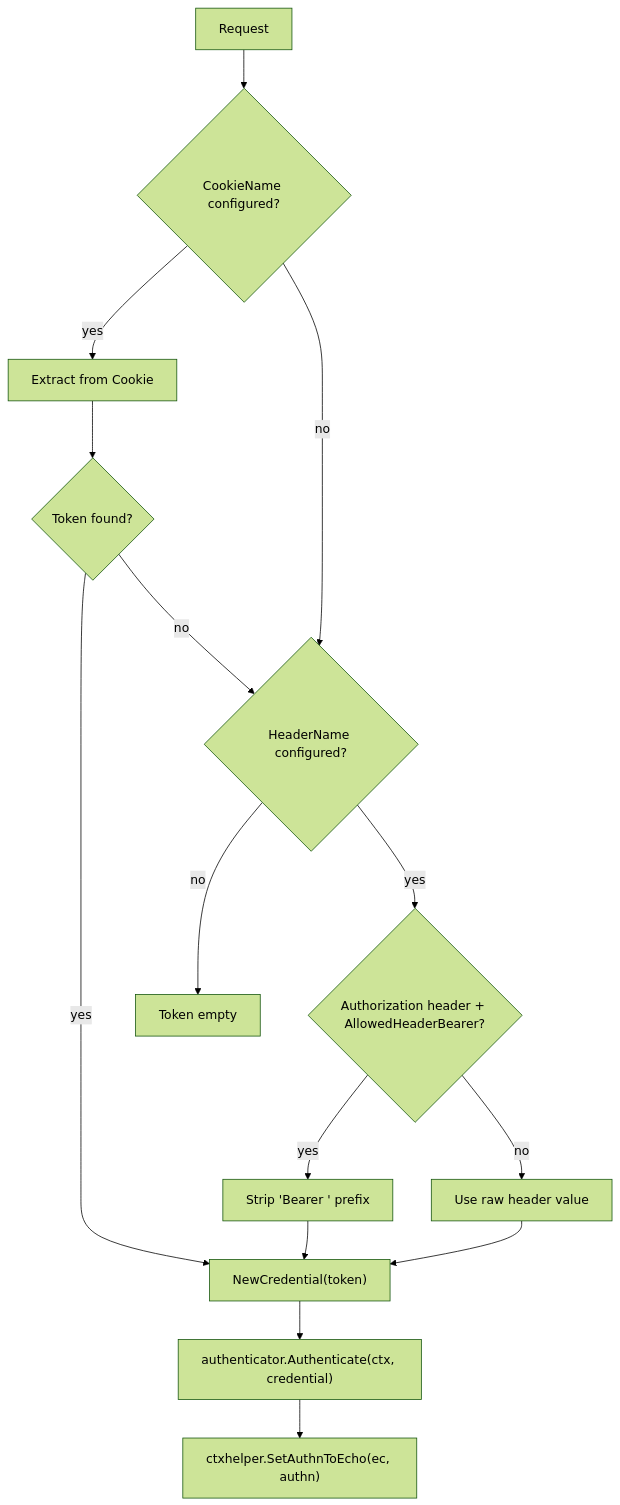
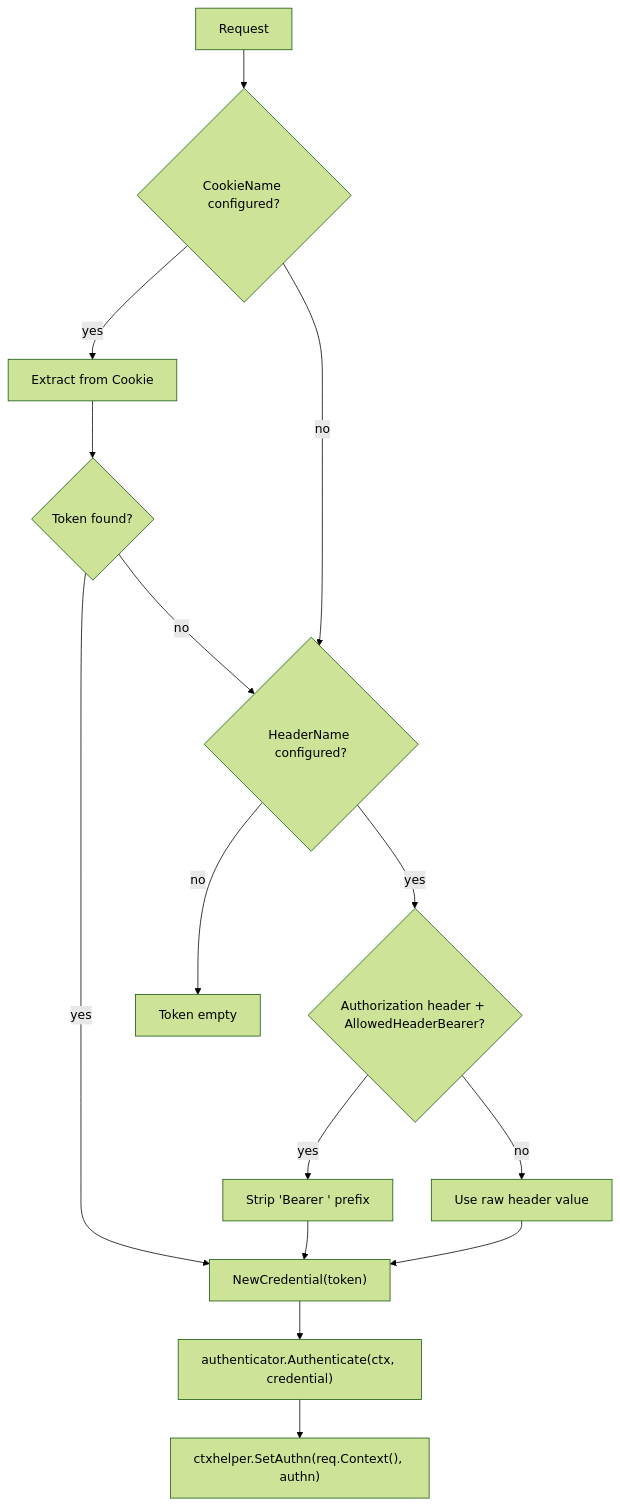
One commit to Tomy-ch/go-boilerplate changed the first of 2 diagrams in internal/controller/httpstack/oapi/auth/README.md. Above: the diagram before and after it, drawn with Mermaid (forest theme). The commit also changed other lines of this file and 114 other files, not shown here.

````diff
--- a/internal/controller/httpstack/oapi/auth/README.md
+++ b/internal/controller/httpstack/oapi/auth/README.md
@@ -9,26 +9,26 @@
 ```mermaid
 flowchart TB
     Start["Request"]
     Cookie{"CookieName configured?"}
     CookieVal["Extract from Cookie"]
     HasValue{"Token found?"}
     Header{"HeaderName configured?"}
     IsAuth{"Authorization header + AllowedHeaderBearer?"}
     StripBearer["Strip 'Bearer ' prefix"]
     RawHeader["Use raw header value"]
     NoToken["Token empty"]
     Credential["NewCredential(token)"]
     Authenticate["authenticator.Authenticate(ctx, credential)"]
-    StoreAuthn["ctxhelper.SetAuthnToEcho(ec, authn)"]
+    StoreAuthn["ctxhelper.SetAuthn(req.Context(), authn)"]
 
     Start --> Cookie
     Cookie -- yes --> CookieVal --> HasValue
     HasValue -- yes --> Credential
     HasValue -- no --> Header
     Cookie -- no --> Header
     Header -- yes --> IsAuth
     IsAuth -- yes --> StripBearer --> Credential
     IsAuth -- no --> RawHeader --> Credential
     Header -- no --> NoToken
     Credential --> Authenticate --> StoreAuthn
 ```
````
